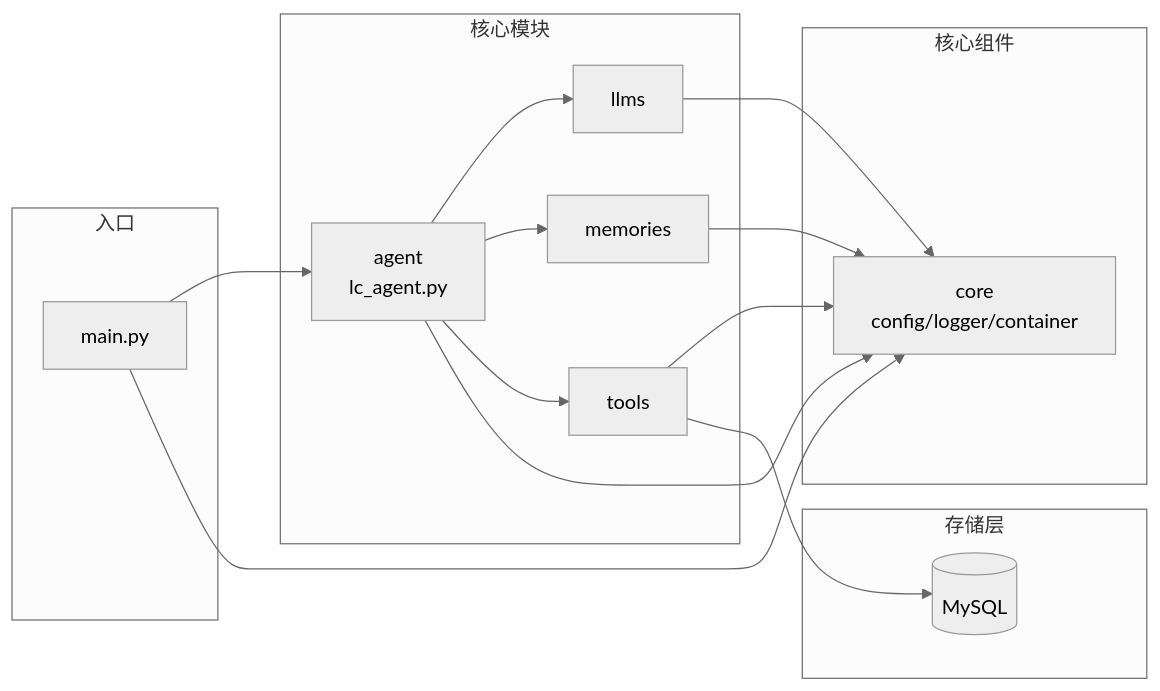
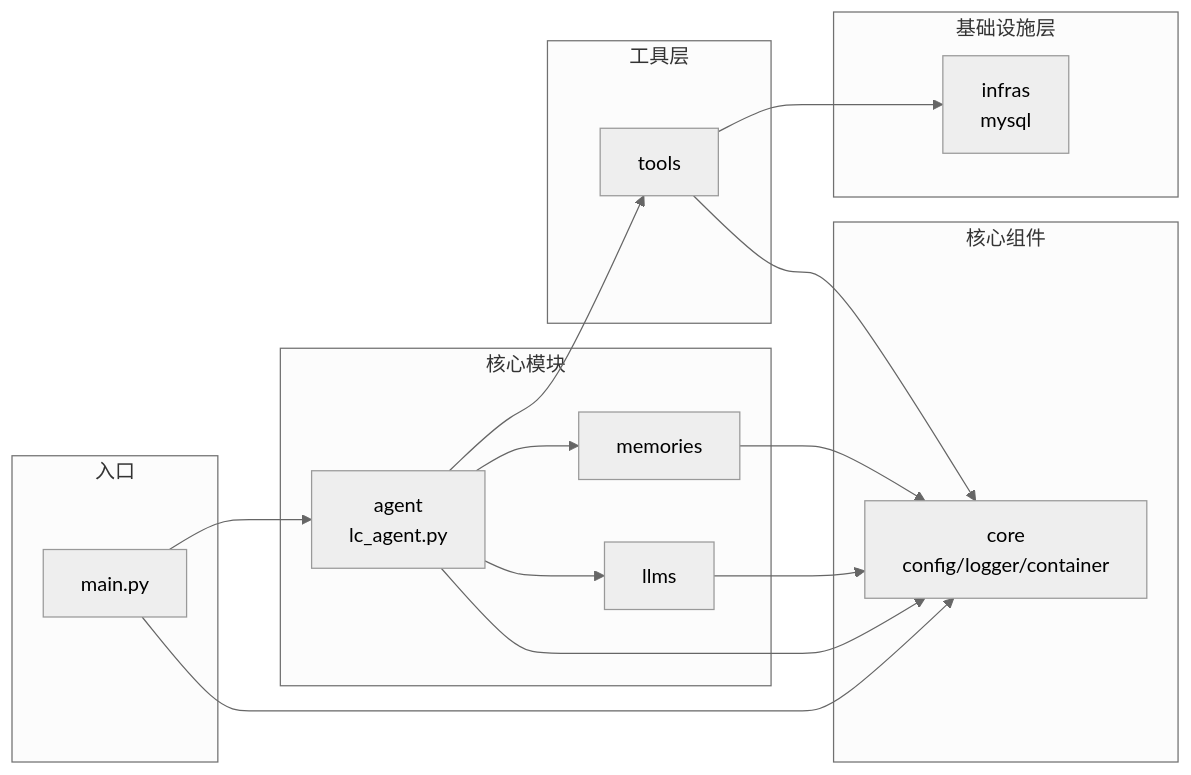
The fifth of 5 diagrams in README.md (chain-engine/x-langchain), drawn with Mermaid (neutral theme) before and after one commit. The commit also changed other lines of this file and 3 other files, not shown here.

````diff
--- a/README.md
+++ b/README.md
@@ -290,32 +285,35 @@
 ```mermaid
 graph LR
     subgraph 入口
         M[main.py]
     end
 
     subgraph 核心组件
         CC[core<br/>config/logger/container]
     end
 
     subgraph 核心模块
         AG[agent<br/>lc_agent.py]
         LL[llms]
         MM[memories]
+    end
+
+    subgraph 工具层
         TT[tools]
     end
 
-    subgraph 存储层
-        DB[(MySQL)]
+    subgraph 基础设施层
+        IN[infras<br/>mysql]
     end
 
     M --> AG
     M --> CC
     AG --> LL
     AG --> MM
     AG --> TT
     AG --> CC
     LL --> CC
     MM --> CC
     TT --> CC
-    TT --> DB
+    TT --> IN
 ```
````
